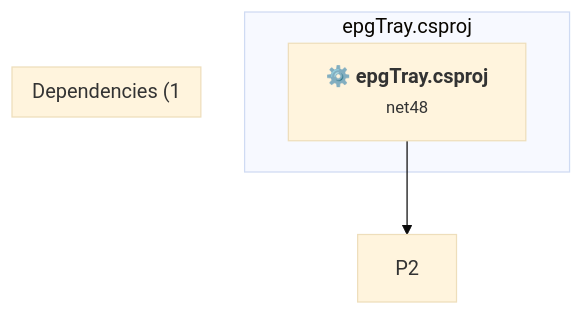
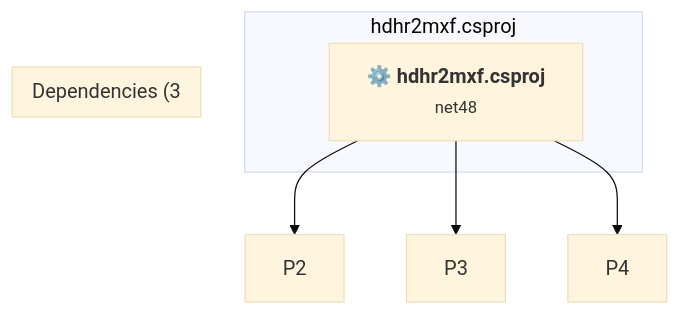
Before and after one commit to Kev506/epg123: the second of 2 diagrams in .github/upgrades/scenarios/dotnet-version-upgrade/assessment.md, drawn with Mermaid (base theme). The commit also changed other lines of this file and 4 other files, not shown here.

Commit message:
Save upgrade workflow state before hdhr2mxf upgrade

````diff
--- a/.github/upgrades/scenarios/dotnet-version-upgrade/assessment.md
+++ b/.github/upgrades/scenarios/dotnet-version-upgrade/assessment.md
@@ -174,11 +134,13 @@
 ```mermaid
 flowchart TB
-    subgraph current["epgTray.csproj"]
-        MAIN["<b>⚙️&nbsp;epgTray.csproj</b><br/><small>net48</small>"]
-        click MAIN "#epgtraycsproj"
+    subgraph current["hdhr2mxf.csproj"]
+        MAIN["<b>⚙️&nbsp;hdhr2mxf.csproj</b><br/><small>net48</small>"]
+        click MAIN "#hdhr2mxfcsproj"
     end
-    subgraph downstream["Dependencies (1"]
+    subgraph downstream["Dependencies (3"]
     end
     MAIN --> P2
+    MAIN --> P3
+    MAIN --> P4
 
 ```
````
